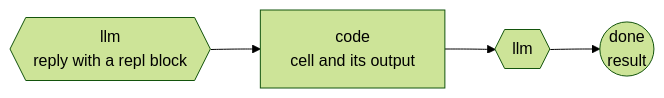
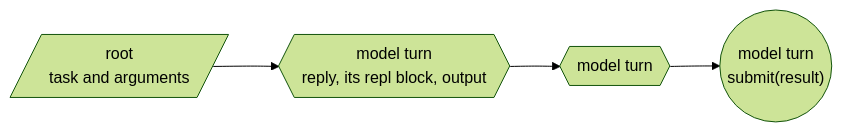
The first of 5 diagrams in README.md (shyamsn97/rlmflow), drawn with Mermaid (forest theme) before and after one commit. The commit also changed other lines of this file and 89 other files, not shown here.

````diff
--- a/README.md
+++ b/README.md
@@ -283,4 +284,4 @@
 ```mermaid
 flowchart LR
-  b{{"llm<br/>reply with a repl block"}} --> c["code<br/>cell and its output"] --> d{{llm}} --> e(("done<br/>result"))
+  r[/"root<br/>task and arguments"/] --> b{{"model turn<br/>reply, its repl block, output"}} --> c{{"model turn"}} --> d(("model turn<br/>submit(result)"))
 ```
````
